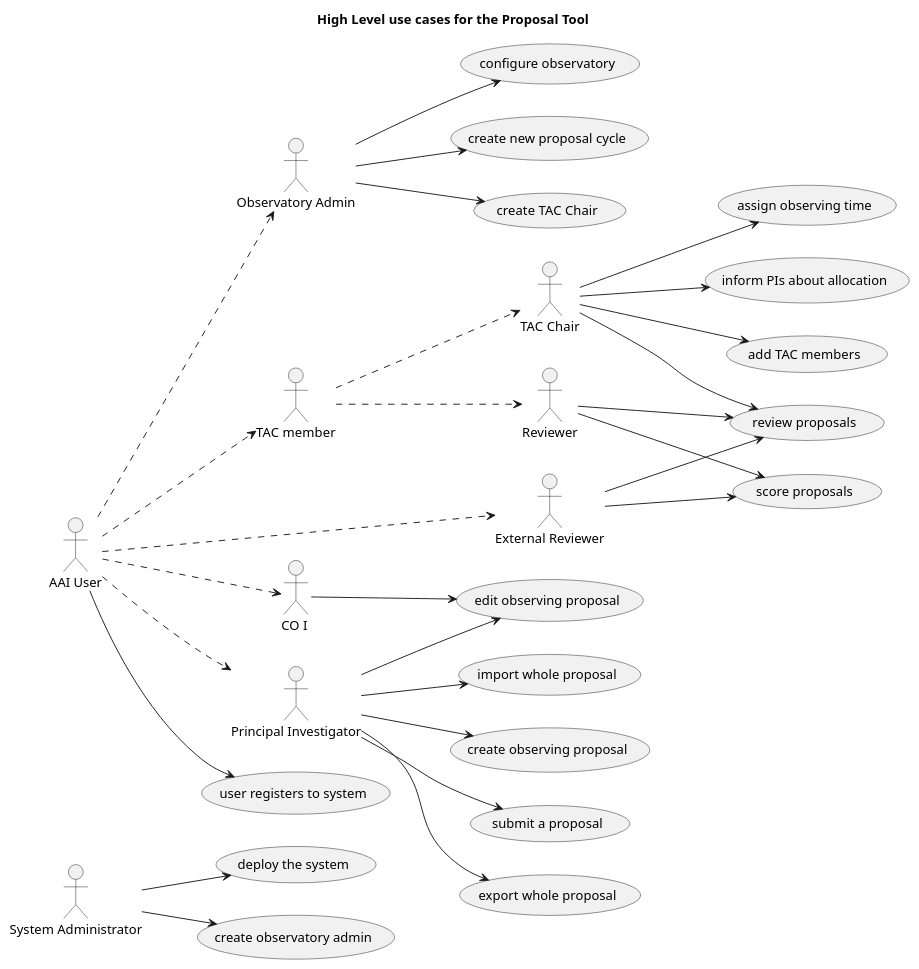
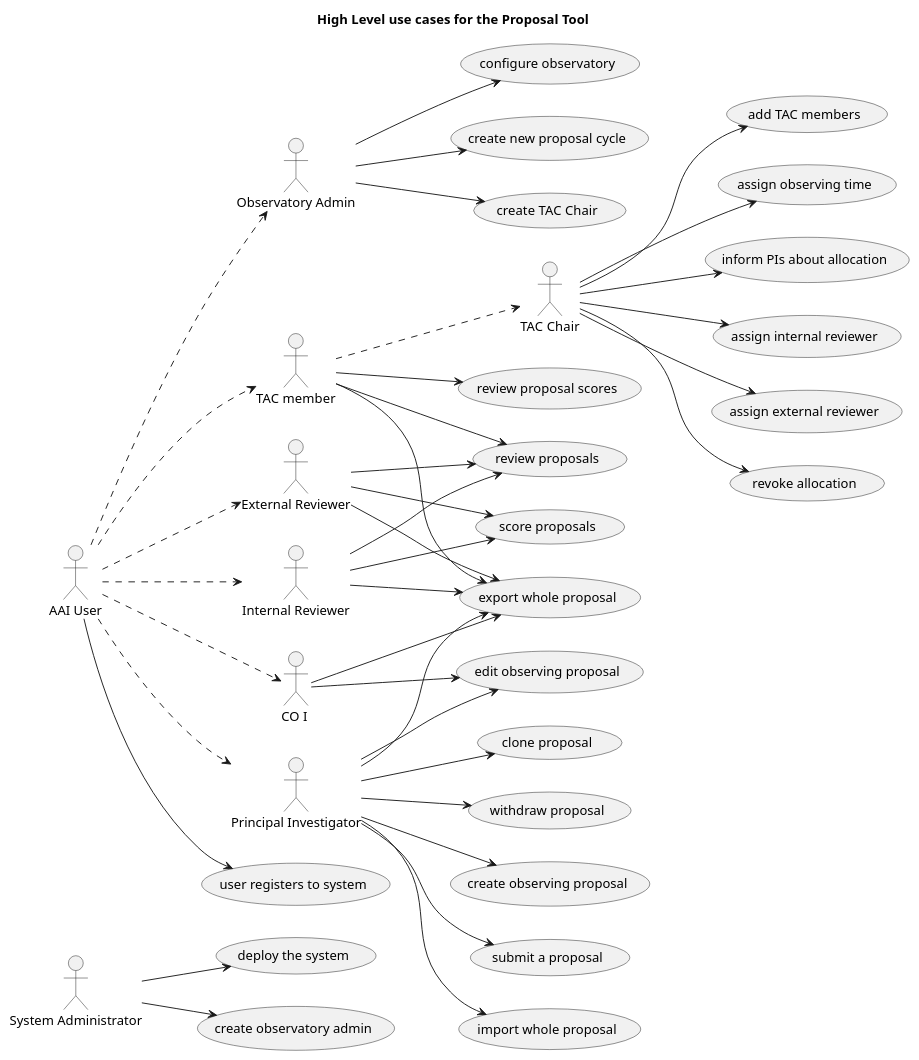
The diagram in docs/Developer/use-cases.md (orppst/guide), drawn with PlantUML before and after one commit. The commit also changed other lines of this file and 1 other file, not shown here.

First line of the commit message:
use case diagram update

````diff
--- a/docs/Developer/use-cases.md
+++ b/docs/Developer/use-cases.md
@@ -12,56 +12,72 @@
 ```plantuml
 left to right direction
 title High Level use cases for the Proposal Tool
 actor :System Administrator: as sysadmin
 actor :AAI User: as user
 actor :Observatory Admin: as obsadmin
 actor :TAC member: as tacmem
 actor :TAC Chair: as tacchair
-actor :Reviewer: as rev
+actor :Internal Reviewer: as intrev
 actor :External Reviewer: as extrev
 actor :CO I : as coi
 actor :Principal Investigator: as pi
 usecase "deploy the system" as UC0
 usecase "user registers to system" as UC1
-usecase  "create observatory admin" as UC2
-usecase  "configure observatory" as UC3
+usecase "create observatory admin" as UC2
+usecase "configure observatory" as UC3
 usecase "create new proposal cycle" as UC4
 usecase "create observing proposal" as UC5
 usecase "edit observing proposal" as UC6
 usecase "submit a proposal" as UC7
 usecase "create TAC Chair" as UC8
 usecase "add TAC members" as UC9
 usecase "review proposals" as UC10
 usecase "score proposals" as UC11
 usecase "assign observing time" as UC12
 usecase "inform PIs about allocation" as UC13
 usecase "export whole proposal" as UC14
 usecase "import whole proposal" as UC15
+usecase "assign internal reviewer" as UC16
+usecase "assign external reviewer" as UC17
+usecase "review proposal scores" as UC18
+usecase "clone proposal" as UC20
+usecase "withdraw proposal" as UC21
+usecase "revoke allocation" as UC22
 sysadmin --> UC0
 sysadmin --> UC2
 user --> UC1
 obsadmin --> UC3
 obsadmin --> UC4
 user ..>pi
 user ..>coi
 user ..>extrev
+user ..>intrev
 user ..>tacmem
 user ..>obsadmin
-tacmem ..>rev
 tacmem ..>tacchair
 pi-->UC5
-coi-->UC6
 pi-->UC6
 pi-->UC7
 pi-->UC14
-pi--> UC15
+pi-->UC15
+pi-->UC20
+pi-->UC21
+coi-->UC6
+coi-->UC14
 obsadmin-->UC8
 tacchair-->UC9
-tacchair-->UC10
 tacchair-->UC12
 tacchair-->UC13
-rev-->UC10
-rev-->UC11
-extrev -->UC10
-extrev -->UC11
+tacchair-->UC16
+tacchair-->UC17
+tacchair-->UC22
+tacmem-->UC10
+tacmem-->UC14
+tacmem-->UC18
+intrev-->UC10
+intrev-->UC11
+intrev-->UC14
+extrev-->UC10
+extrev-->UC11
+extrev-->UC14
 ```
````
